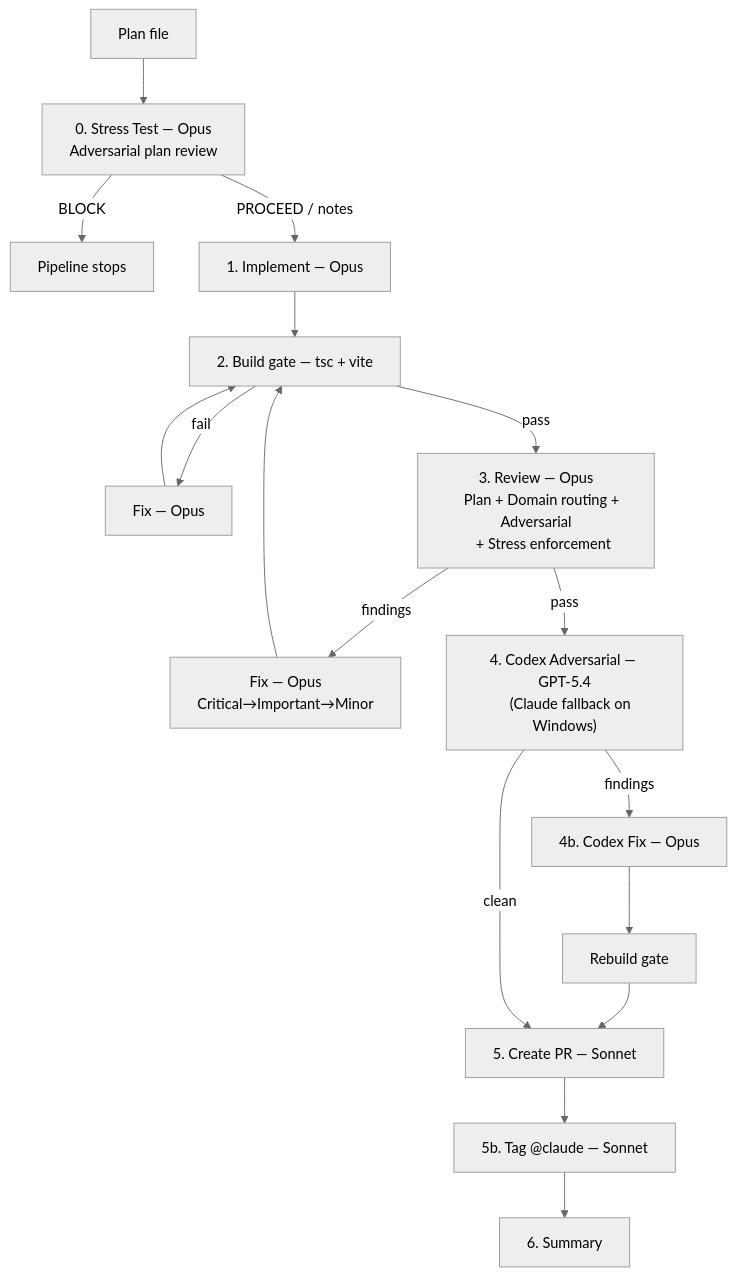
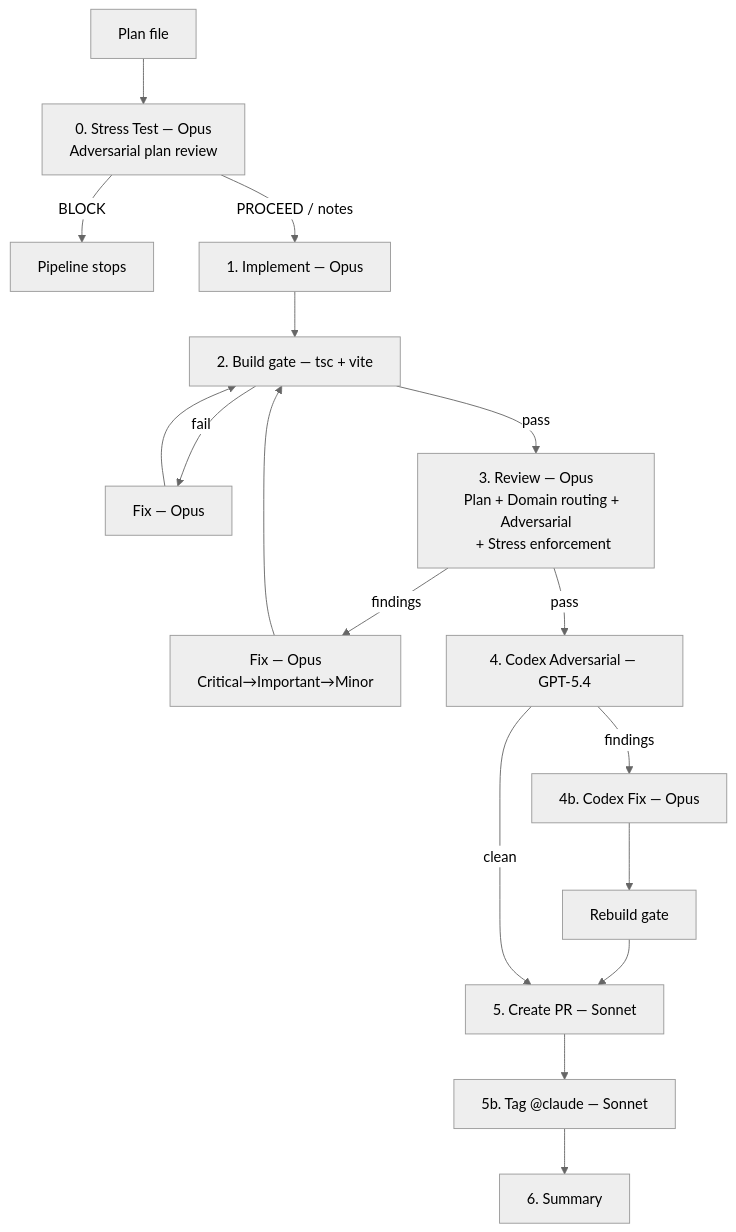
The first of 3 diagrams in README.md (ilsantino/iago-os), drawn with Mermaid (neutral theme) before and after one commit. The commit also changed other lines of this file and 3 other files, not shown here.

First line of the commit message:
fix(pipeline): real codex adversarial on windows via codex-companion

````diff
--- a/README.md
+++ b/README.md
@@ -130,24 +130,23 @@
 ```mermaid
 flowchart TD
     Plan[Plan file] --> Stress["0. Stress Test — Opus
     Adversarial plan review"]
     Stress -->|BLOCK| Stop[Pipeline stops]
     Stress -->|PROCEED / notes| Impl[1. Implement — Opus]
     Impl --> Build[2. Build gate — tsc + vite]
     Build -->|fail| Fix[Fix — Opus]
     Fix --> Build
     Build -->|pass| Review["3. Review — Opus
     Plan + Domain routing + Adversarial
     + Stress enforcement"]
     Review -->|findings| Fix2["Fix — Opus
     Critical→Important→Minor"]
     Fix2 --> Build
-    Review -->|pass| Codex["4. Codex Adversarial — GPT-5.4
-    (Claude fallback on Windows)"]
+    Review -->|pass| Codex["4. Codex Adversarial — GPT-5.4"]
     Codex -->|findings| CdxFix[4b. Codex Fix — Opus]
     CdxFix --> Rebuild[Rebuild gate]
     Rebuild --> PR[5. Create PR — Sonnet]
     Codex -->|clean| PR
     PR --> Tag[5b. Tag @claude — Sonnet]
     Tag --> Summary[6. Summary]
 ```
````
